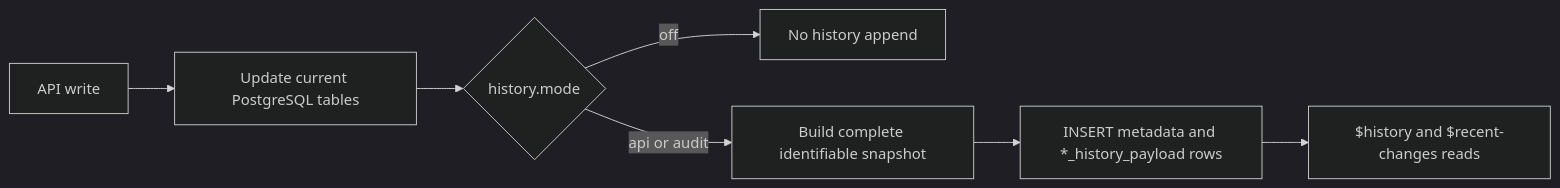
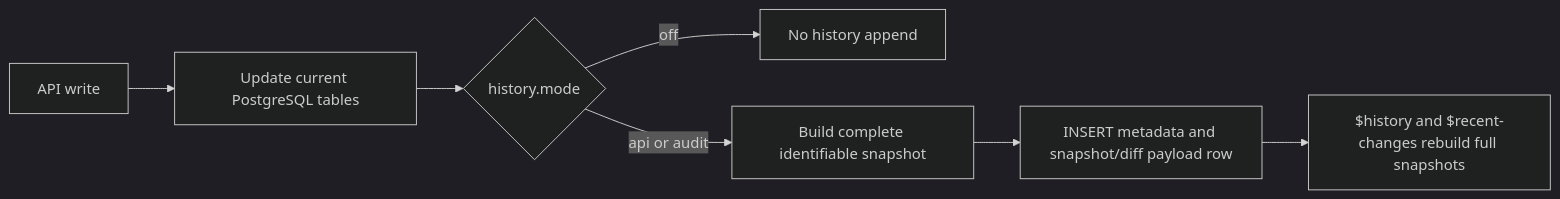
One commit to eclipse-basyx/basyx-go-components changed the first of 2 diagrams in docu/user/aas_api_v3_2.md. Above: the diagram before and after it, drawn with Mermaid (dark theme). The commit also changed other lines of this file and 52 other files, not shown here.

First line of the commit message:
Adds new history diff mode backend (#338)

````diff
--- a/docu/user/aas_api_v3_2.md
+++ b/docu/user/aas_api_v3_2.md
@@ -116,9 +116,9 @@
 ```mermaid
 flowchart LR
     Client["API write"] --> Current["Update current PostgreSQL tables"]
     Current --> Mode{"history.mode"}
     Mode -->|off| Done["No history append"]
     Mode -->|api or audit| Snapshot["Build complete identifiable snapshot"]
-    Snapshot --> History["INSERT metadata and *_history_payload rows"]
-    History --> Read["$history and $recent-changes reads"]
+    Snapshot --> History["INSERT metadata and snapshot/diff payload row"]
+    History --> Read["$history and $recent-changes rebuild full snapshots"]
 ```
````
